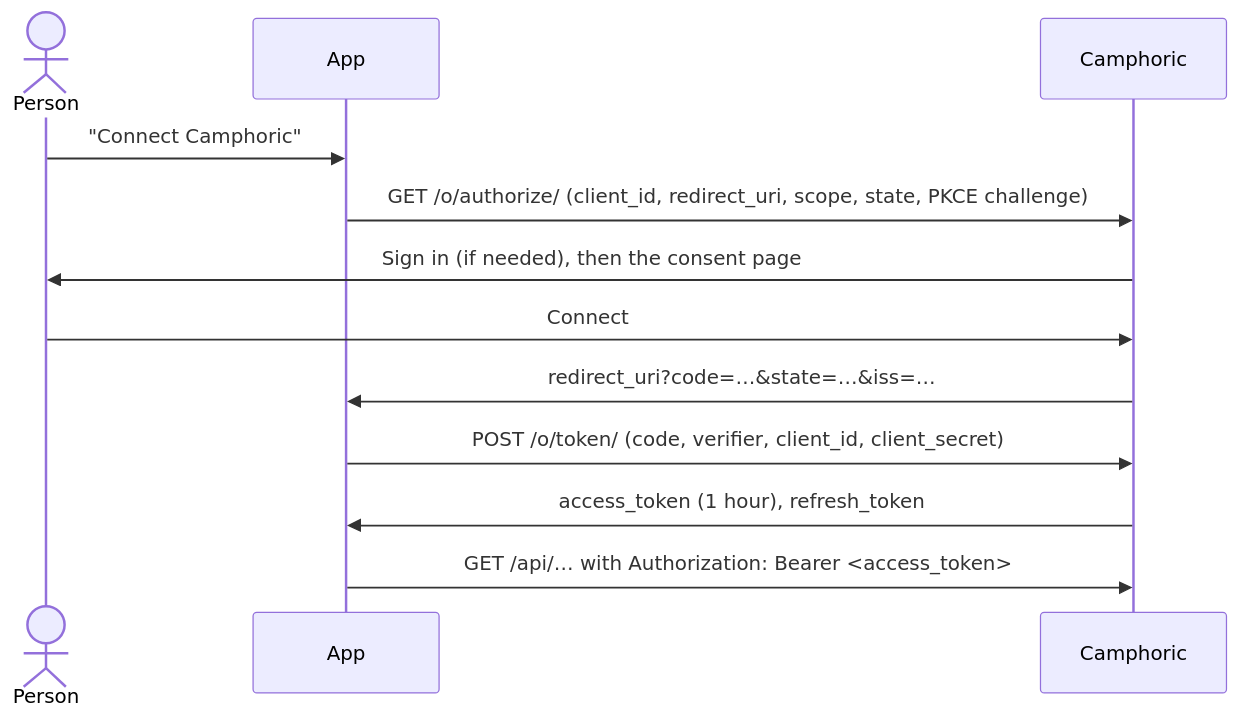
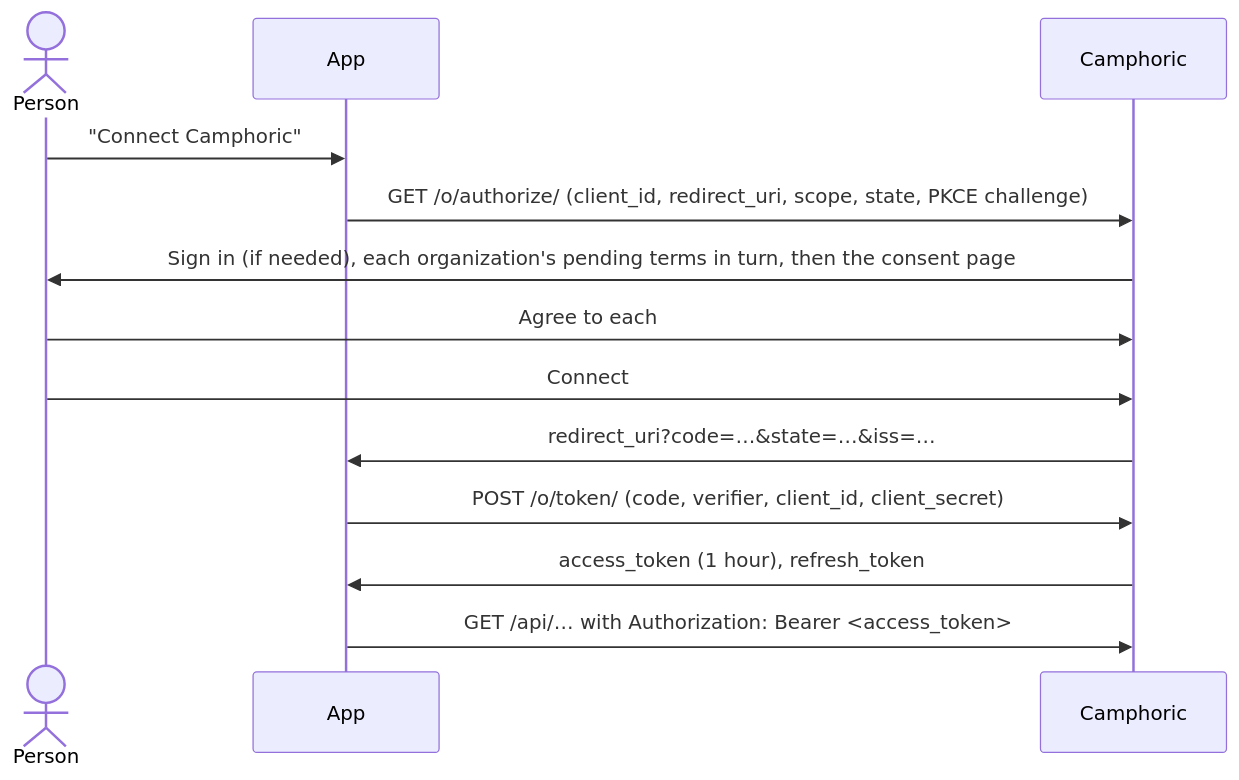
The diagram in doc/oauth-apps.md (camphoric/camphoric), drawn with Mermaid before and after one commit. The commit also changed other lines of this file and 19 other files, not shown here.

First line of the commit message:
feat(api): ask for every organization's terms at sign-in, OAuth included

````diff
--- a/doc/oauth-apps.md
+++ b/doc/oauth-apps.md
@@ -10,14 +10,15 @@
 ```mermaid
 sequenceDiagram
     actor Person
     participant App
     participant Camphoric
     Person->>App: "Connect Camphoric"
     App->>Camphoric: GET /o/authorize/ (client_id, redirect_uri, scope, state, PKCE challenge)
-    Camphoric->>Person: Sign in (if needed), then the consent page
+    Camphoric->>Person: Sign in (if needed), each organization's pending terms in turn, then the consent page
+    Person->>Camphoric: Agree to each
     Person->>Camphoric: Connect
     Camphoric->>App: redirect_uri?code=…&state=…&iss=…
     App->>Camphoric: POST /o/token/ (code, verifier, client_id, client_secret)
     Camphoric->>App: access_token (1 hour), refresh_token
     App->>Camphoric: GET /api/… with Authorization: Bearer <access_token>
 ```
````
